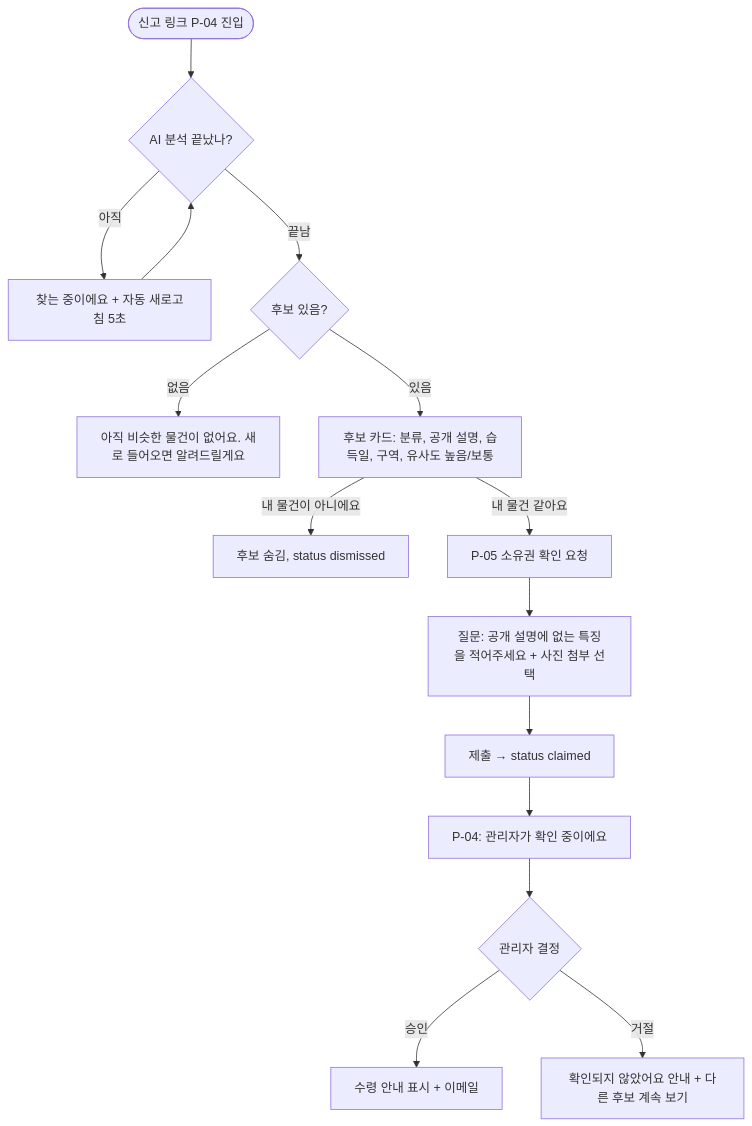
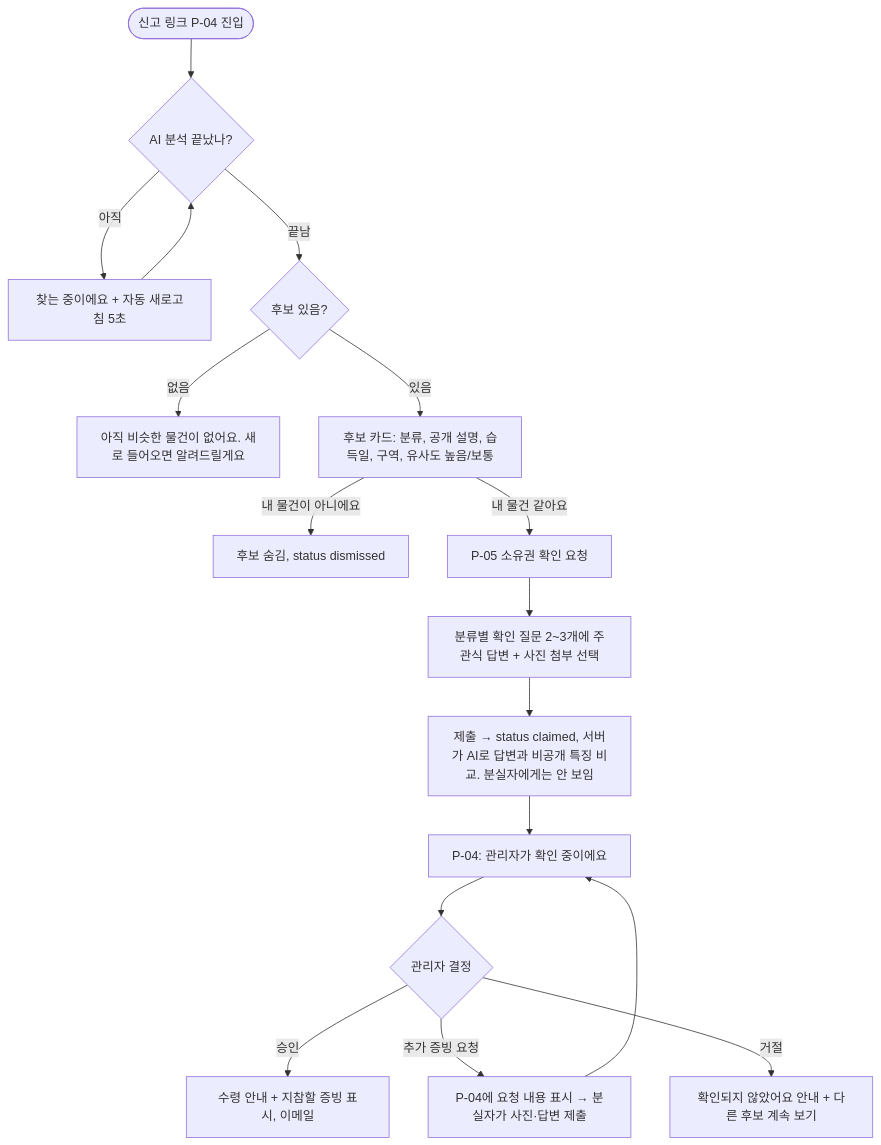
Before and after one commit to wjddns0122/itsme: the sixth of 13 diagrams in docs/02-user-flows.md, drawn with Mermaid. The commit also changed other lines of this file and 14 other files, not shown here.

````diff
--- a/docs/02-user-flows.md
+++ b/docs/02-user-flows.md
@@ -118,17 +138,19 @@
 ```mermaid
 flowchart TD
     D0(["신고 링크 P-04 진입"]) --> D1{"AI 분석 끝났나?"}
     D1 -->|"아직"| D2["찾는 중이에요 + 자동 새로고침 5초"]
     D2 --> D1
     D1 -->|"끝남"| D3{"후보 있음?"}
     D3 -->|"없음"| D4["아직 비슷한 물건이 없어요. 새로 들어오면 알려드릴게요"]
     D3 -->|"있음"| D5["후보 카드: 분류, 공개 설명, 습득일, 구역, 유사도 높음/보통"]
     D5 -->|"내 물건이 아니에요"| D6["후보 숨김, status dismissed"]
     D5 -->|"내 물건 같아요"| D7["P-05 소유권 확인 요청"]
-    D7 --> D8["질문: 공개 설명에 없는 특징을 적어주세요 + 사진 첨부 선택"]
-    D8 --> D9["제출 → status claimed"]
+    D7 --> D8["분류별 확인 질문 2~3개에 주관식 답변 + 사진 첨부 선택"]
+    D8 --> D9["제출 → status claimed, 서버가 AI로 답변과 비공개 특징 비교. 분실자에게는 안 보임"]
     D9 --> D10["P-04: 관리자가 확인 중이에요"]
     D10 --> D11{"관리자 결정"}
-    D11 -->|"승인"| D12["수령 안내 표시 + 이메일"]
+    D11 -->|"승인"| D12["수령 안내 + 지참할 증빙 표시, 이메일"]
+    D11 -->|"추가 증빙 요청"| D14["P-04에 요청 내용 표시 → 분실자가 사진·답변 제출"]
+    D14 --> D10
     D11 -->|"거절"| D13["확인되지 않았어요 안내 + 다른 후보 계속 보기"]
 ```
````
